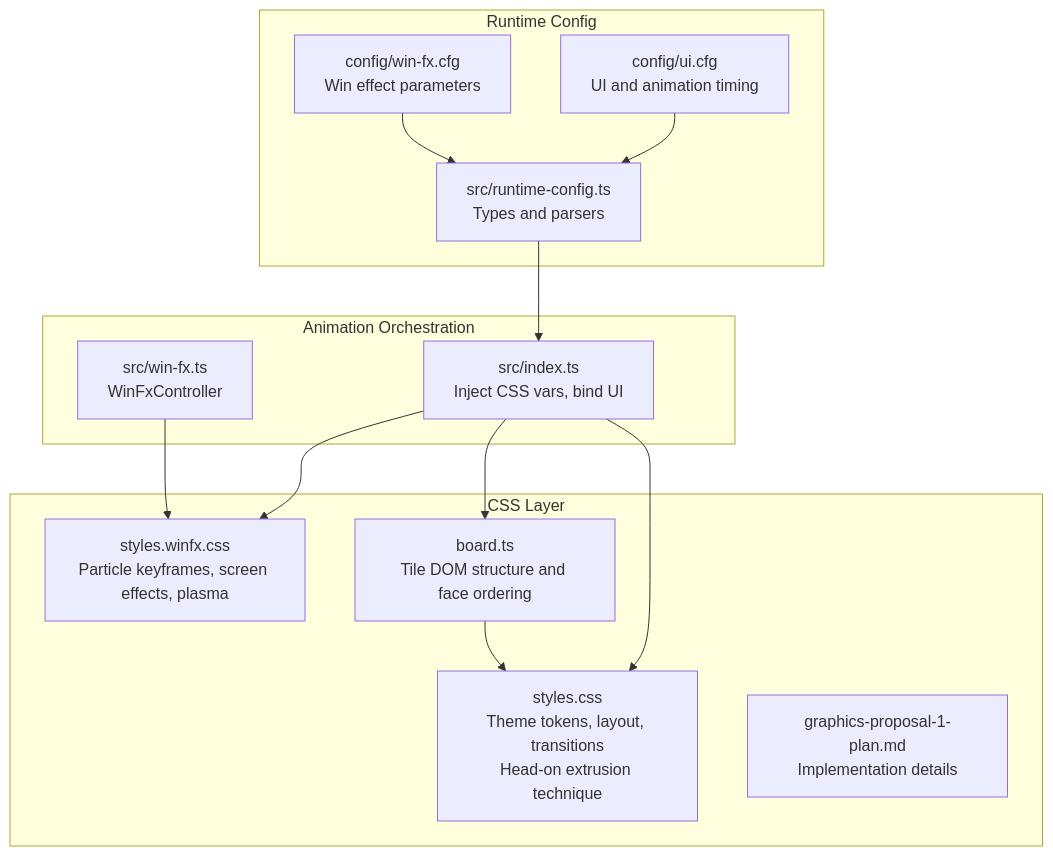
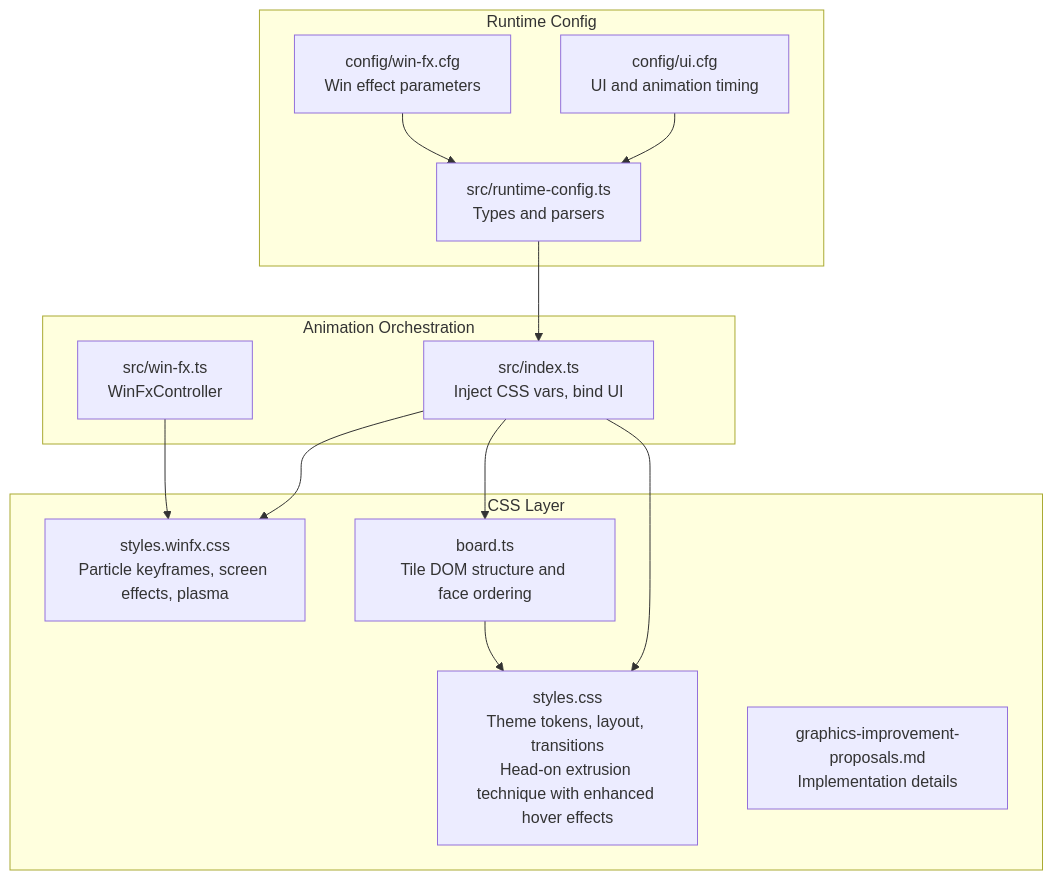
One commit to satyrlord/mb changed the first of 4 diagrams in .qoder/repowiki/en/content/Visual Effects System/CSS Styling and Animation Framework.md. Above: the diagram before and after it, drawn with Mermaid. The commit also changed other lines of this file and 11 other files, not shown here.

````diff
--- a/.qoder/repowiki/en/content/Visual Effects System/CSS Styling and Animation Framework.md
+++ b/.qoder/repowiki/en/content/Visual Effects System/CSS Styling and Animation Framework.md
@@ -53,26 +56,26 @@
 ```mermaid
 graph TB
 subgraph "CSS Layer"
-S1["styles.css<br/>Theme tokens, layout, transitions<br/>Head-on extrusion technique"]
+S1["styles.css<br/>Theme tokens, layout, transitions<br/>Head-on extrusion technique with enhanced hover effects"]
 S2["styles.winfx.css<br/>Particle keyframes, screen effects, plasma"]
 B["board.ts<br/>Tile DOM structure and face ordering"]
-GP["graphics-proposal-1-plan.md<br/>Implementation details"]
+GP["graphics-improvement-proposals.md<br/>Implementation details"]
 end
 subgraph "Runtime Config"
 C1["config/ui.cfg<br/>UI and animation timing"]
 C2["config/win-fx.cfg<br/>Win effect parameters"]
 R["src/runtime-config.ts<br/>Types and parsers"]
 end
 subgraph "Animation Orchestration"
 I["src/index.ts<br/>Inject CSS vars, bind UI"]
 W["src/win-fx.ts<br/>WinFxController"]
 end
 C1 --> R
 C2 --> R
 R --> I
 I --> S1
 I --> S2
 W --> S2
 I --> B
 B --> S1
 ```
````
